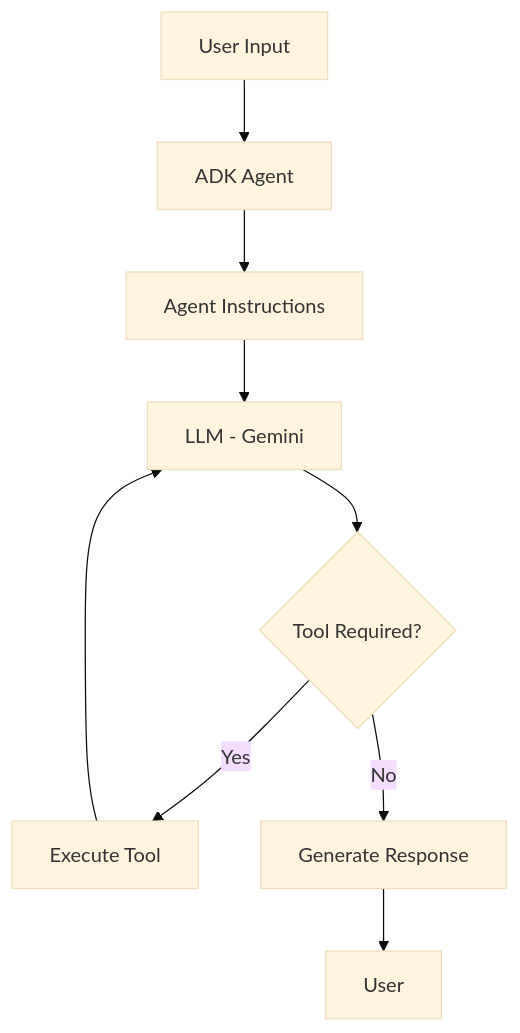
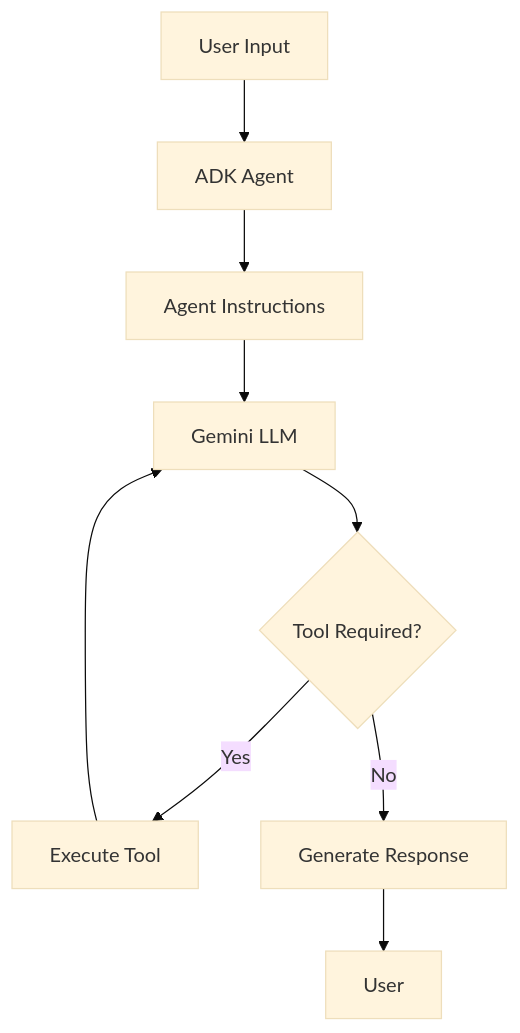
Before and after one commit to mayanknegi22/Google-adk: the diagram in README.md, drawn with Mermaid (base theme). The commit also changed other lines of this file, not shown here.

````diff
--- a/README.md
+++ b/README.md
@@ -83,11 +84,11 @@
 ```mermaid
 flowchart TD
     A[User Input] --> B[ADK Agent]
     B --> C[Agent Instructions]
-    C --> D[LLM - Gemini]
+    C --> D[Gemini LLM]
     D --> E{Tool Required?}
     E -->|Yes| F[Execute Tool]
     F --> D
     E -->|No| G[Generate Response]
     G --> H[User]
 ```
````
